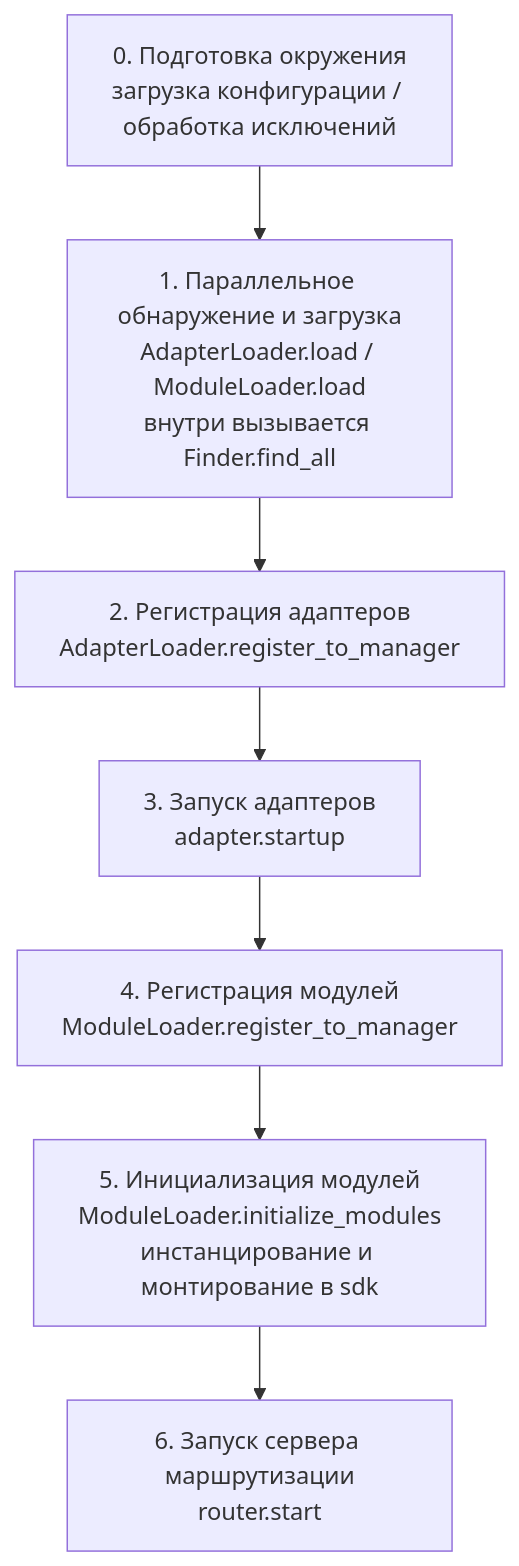
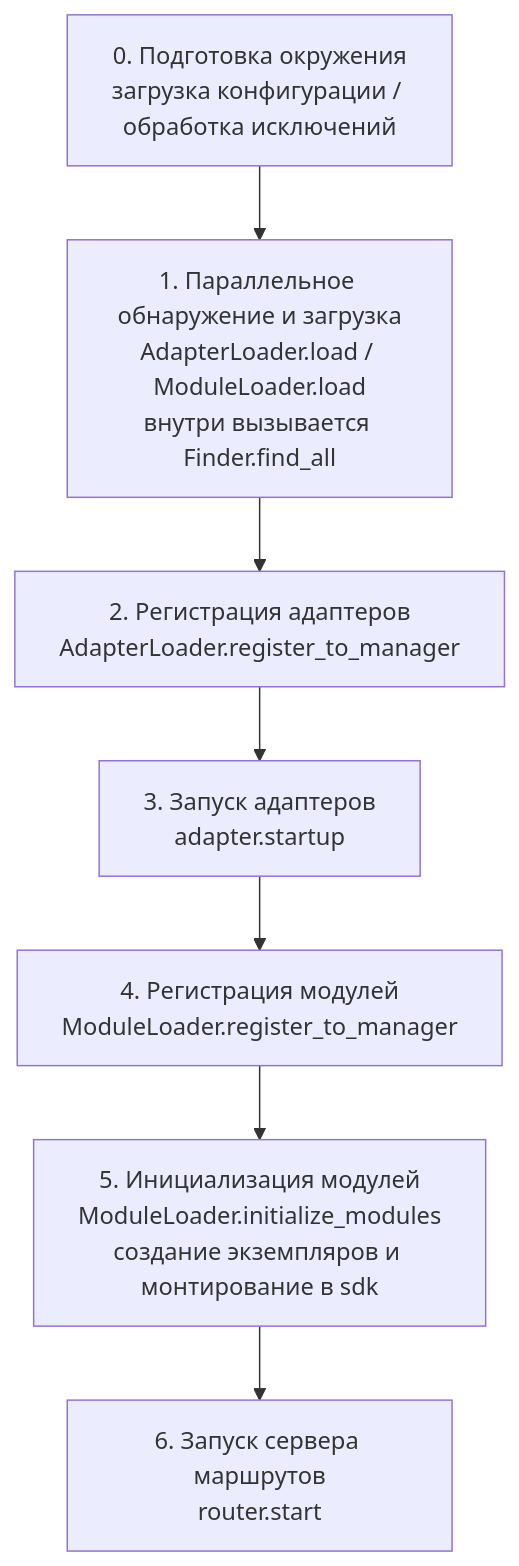
One commit to ErisPulse/ErisPulse changed the diagram in docs/ru/advanced/startup.md. Above: the diagram before and after it, drawn with Mermaid. The commit also changed other lines of this file and 105 other files, not shown here.

````diff
--- a/docs/ru/advanced/startup.md
+++ b/docs/ru/advanced/startup.md
@@ -31,10 +30,10 @@
 ```mermaid
 flowchart TD
     A[0. Подготовка окружения<br/>загрузка конфигурации / обработка исключений] --> B
     B[1. Параллельное обнаружение и загрузка<br/>AdapterLoader.load / ModuleLoader.load<br/>внутри вызывается Finder.find_all] --> C
     C[2. Регистрация адаптеров<br/>AdapterLoader.register_to_manager] --> D
     D[3. Запуск адаптеров<br/>adapter.startup] --> E
     E[4. Регистрация модулей<br/>ModuleLoader.register_to_manager] --> F
-    F[5. Инициализация модулей<br/>ModuleLoader.initialize_modules<br/>инстанцирование и монтирование в sdk] --> G
-    G[6. Запуск сервера маршрутизации<br/>router.start]
+    F[5. Инициализация модулей<br/>ModuleLoader.initialize_modules<br/>создание экземпляров и монтирование в sdk] --> G
+    G[6. Запуск сервера маршрутов<br/>router.start]
 ```
````
